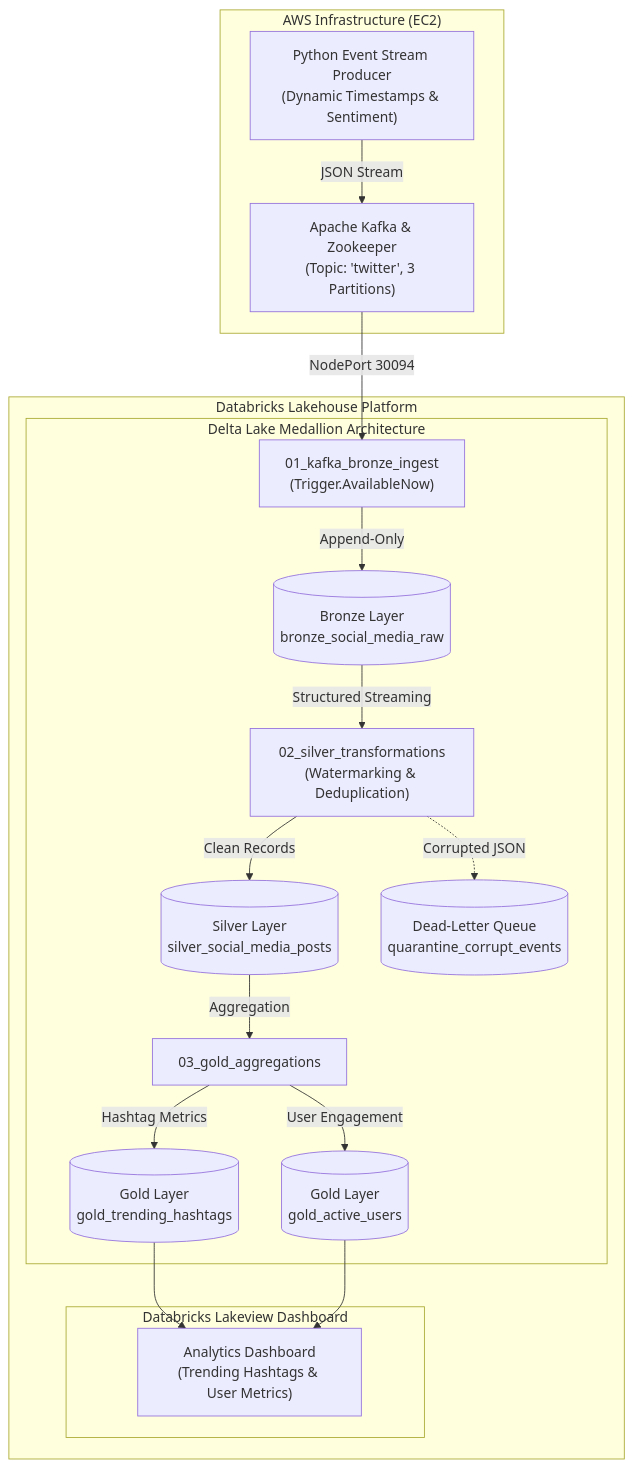
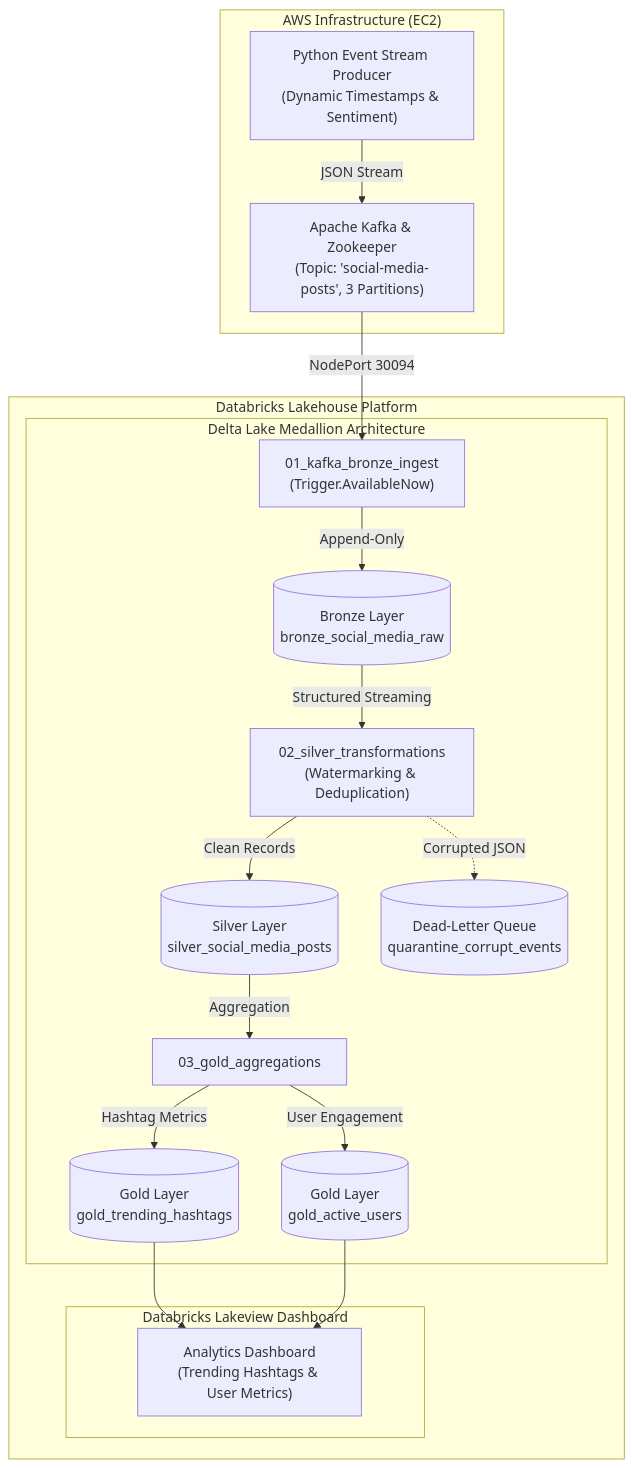
Before and after one commit to Yeshwanth-Kumar-H/real-time-social-media-lakehouse: the diagram in README.md, drawn with Mermaid. The commit also changed other lines of this file and 2 other files, not shown here.

Commit message:
docs: update author to Yeshwanth Kumar H and standardize topic to social-media-posts

````diff
--- a/README.md
+++ b/README.md
@@ -29,29 +29,29 @@
 ```mermaid
 flowchart TD
     subgraph AWS ["AWS Infrastructure (EC2)"]
         PROD["Python Event Stream Producer<br/>(Dynamic Timestamps & Sentiment)"]
-        KAFKA["Apache Kafka & Zookeeper<br/>(Topic: 'twitter', 3 Partitions)"]
+        KAFKA["Apache Kafka & Zookeeper<br/>(Topic: 'social-media-posts', 3 Partitions)"]
         PROD -->|"JSON Stream"| KAFKA
     end
 
     subgraph Databricks ["Databricks Lakehouse Platform"]
         KAFKA -->|"NodePort 30094"| BRONZE_INGEST["01_kafka_bronze_ingest<br/>(Trigger.AvailableNow)"]
         
         subgraph Medallion ["Delta Lake Medallion Architecture"]
             BRONZE_INGEST -->|"Append-Only"| BRONZE[("Bronze Layer<br/>bronze_social_media_raw")]
             
             BRONZE -->|"Structured Streaming"| SILVER_INGEST["02_silver_transformations<br/>(Watermarking & Deduplication)"]
             SILVER_INGEST -->|"Clean Records"| SILVER[("Silver Layer<br/>silver_social_media_posts")]
             SILVER_INGEST -.->|"Corrupted JSON"| DLQ[("Dead-Letter Queue<br/>quarantine_corrupt_events")]
             
             SILVER -->|"Aggregation"| GOLD_INGEST["03_gold_aggregations"]
             GOLD_INGEST -->|"Hashtag Metrics"| GOLD_HASH[("Gold Layer<br/>gold_trending_hashtags")]
             GOLD_INGEST -->|"User Engagement"| GOLD_USER[("Gold Layer<br/>gold_active_users")]
         end
 
         subgraph Lakeview ["Databricks Lakeview Dashboard"]
             GOLD_HASH --> DASH["Analytics Dashboard<br/>(Trending Hashtags & User Metrics)"]
             GOLD_USER --> DASH
         end
     end
 ```
````
